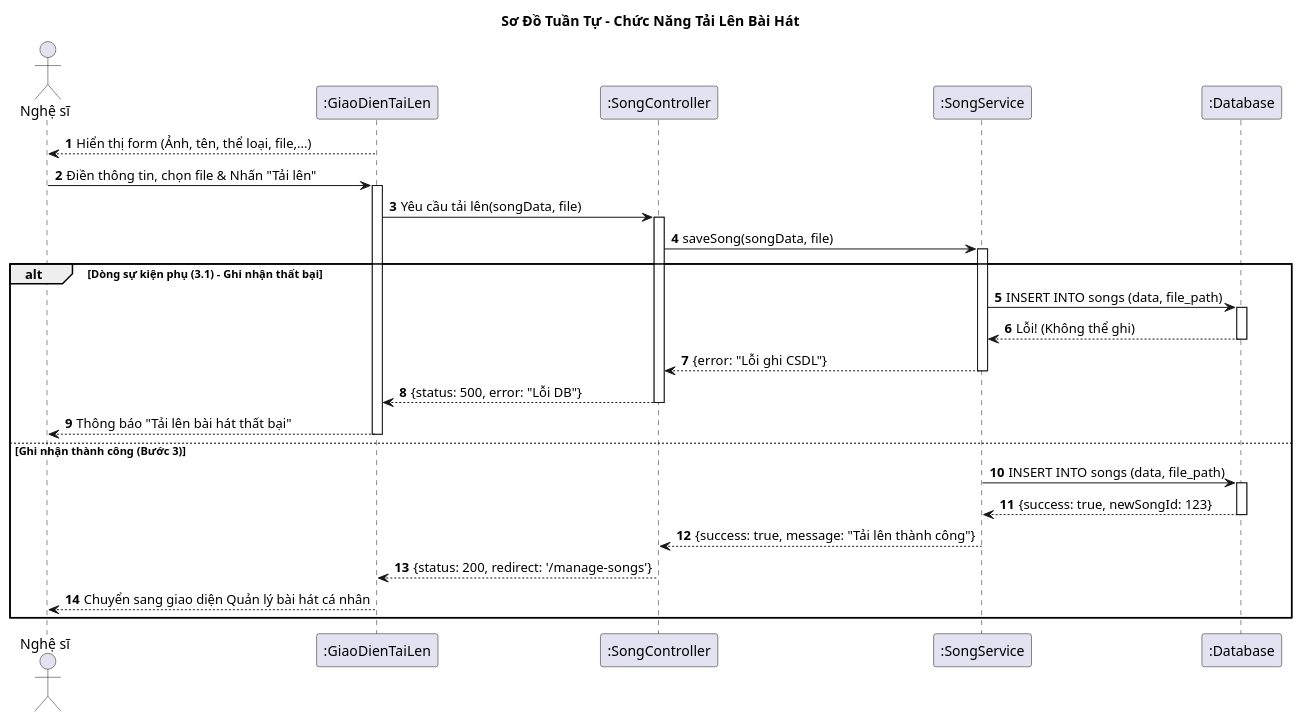
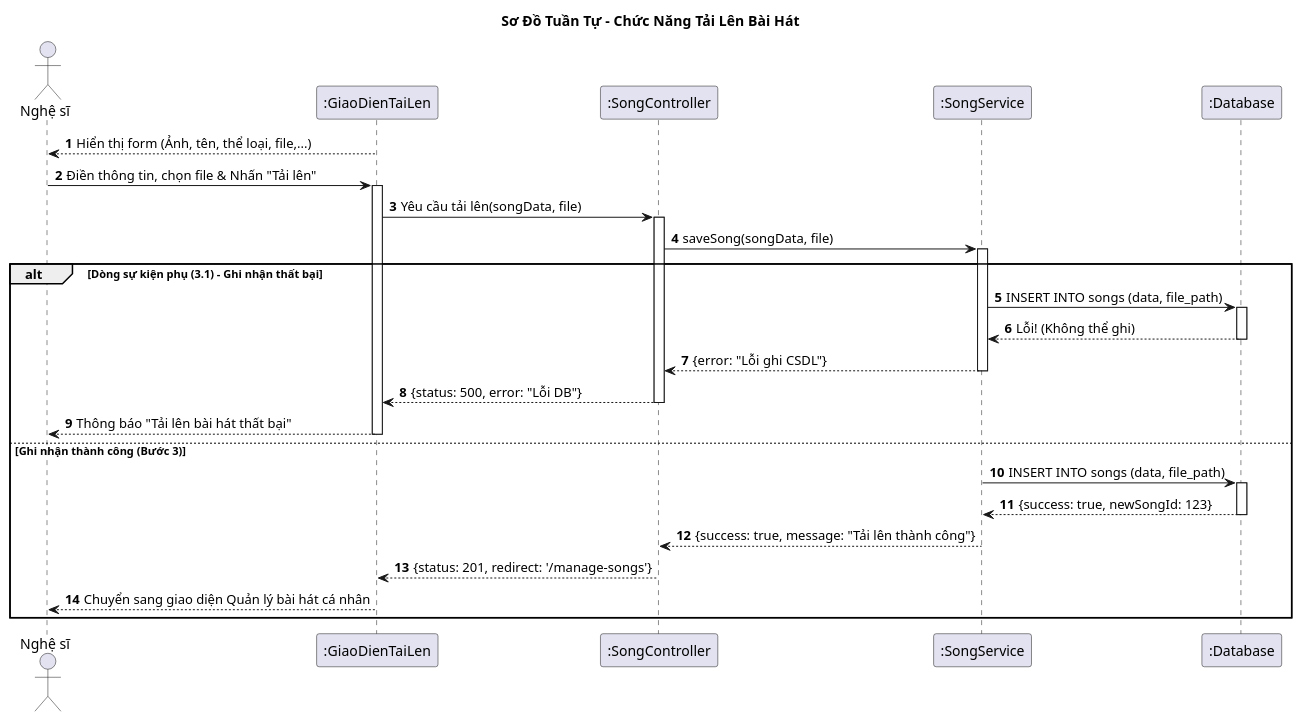
Before and after one commit to vinh047/soundwave: the diagram in Diagrams/SequenceDiagram/UploadSongSD.plantuml, drawn with PlantUML. The commit also changed 9 other files, not shown here.

Commit message:
Update: Fix Sequence Diagram from 1 to 10

```diff
--- a/Diagrams/SequenceDiagram/UploadSongSD.plantuml
+++ b/Diagrams/SequenceDiagram/UploadSongSD.plantuml
@@ -1,55 +1,55 @@
 @startuml Sequence Diagram - Tải Lên Bài Hát
 
 title Sơ Đồ Tuần Tự - Chức Năng Tải Lên Bài Hát
 
 actor "Nghệ sĩ" as Artist
 participant ":GiaoDienTaiLen" as UI
 participant ":SongController" as Controller
 participant ":SongService" as Service
 participant ":Database" as DB
 
 autonumber
 
 ' === Dòng sự kiện chính (bước 1): Giao diện đã được hiển thị ===
 ' (Giả định nghệ sĩ đã ở trang Tải lên)
 UI --> Artist: Hiển thị form (Ảnh, tên, thể loại, file,...)
 
 ' === Dòng sự kiện chính (bước 2): Nghệ sĩ điền thông tin và tải lên ===
 Artist -> UI: Điền thông tin, chọn file & Nhấn "Tải lên"
 activate UI
 UI -> Controller: Yêu cầu tải lên(songData, file)
 activate Controller
 
 Controller -> Service: saveSong(songData, file)
 activate Service
 
 ' === Dòng sự kiện (bước 3) & Dòng sự kiện phụ (3.1) ===
 alt Dòng sự kiện phụ (3.1) - Ghi nhận thất bại
     Service -> DB: INSERT INTO songs (data, file_path)
     activate DB
     DB --> Service: Lỗi! (Không thể ghi)
     deactivate DB
     Service --> Controller: {error: "Lỗi ghi CSDL"}
     deactivate Service
     Controller --> UI: {status: 500, error: "Lỗi DB"}
     deactivate Controller
     
     UI --> Artist: Thông báo "Tải lên bài hát thất bại"
     deactivate UI
 
 else Ghi nhận thành công (Bước 3)
     Service -> DB: INSERT INTO songs (data, file_path)
     activate DB
     DB --> Service: {success: true, newSongId: 123}
     deactivate DB
     Service --> Controller: {success: true, message: "Tải lên thành công"}
     deactivate Service
     
     ' === Dòng sự kiện chính (bước 4): Chuyển giao diện ===
-    Controller --> UI: {status: 200, redirect: '/manage-songs'}
+    Controller --> UI: {status: 201, redirect: '/manage-songs'}
     deactivate Controller
     
     UI --> Artist: Chuyển sang giao diện Quản lý bài hát cá nhân
     deactivate UI
 end
 @enduml
```
